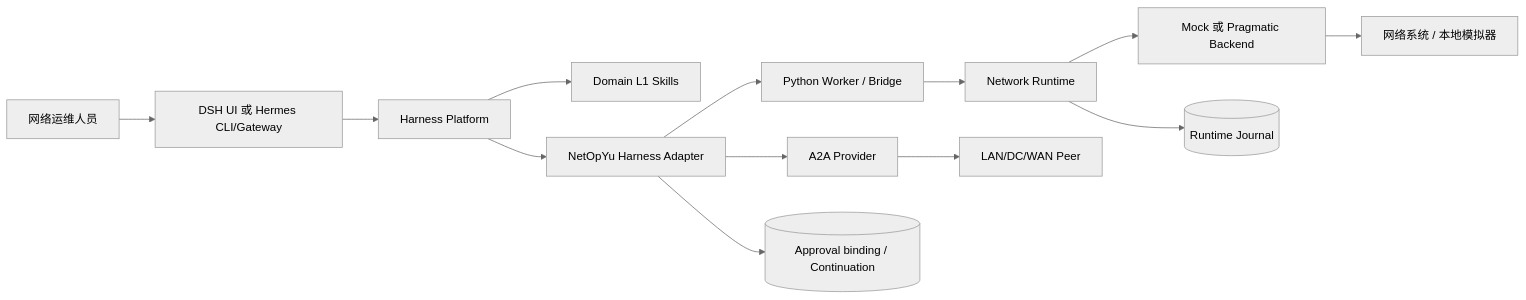
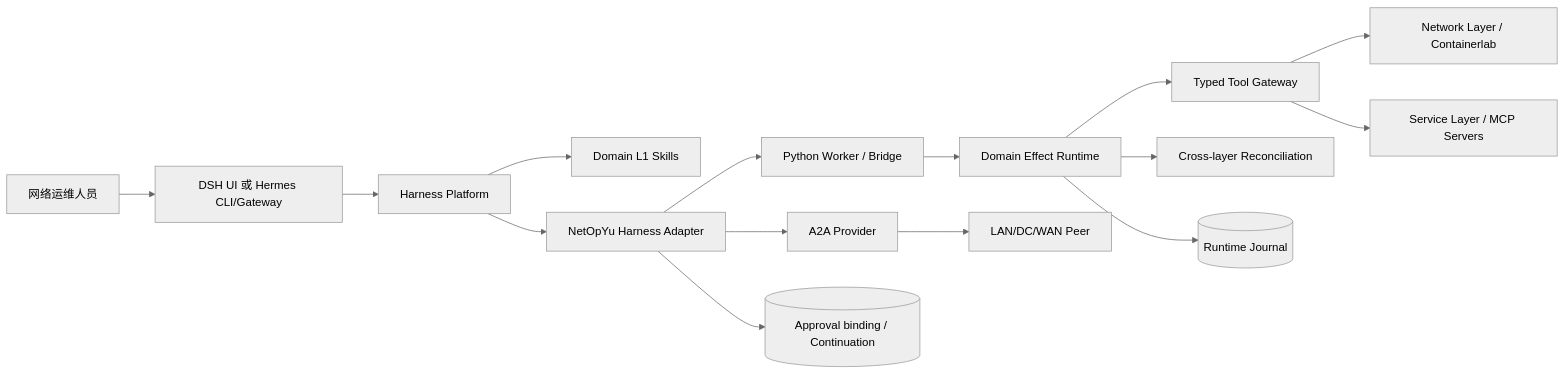
The first of 3 diagrams in HLD.md (kevinyjk25/NetOpYuAgent), drawn with Mermaid (neutral theme) before and after one commit. The commit also changed other lines of this file and 59 other files, not shown here.

Commit message:
network/service layer with mcp

````diff
--- a/HLD.md
+++ b/HLD.md
@@ -28,15 +29,17 @@
 ```mermaid
 flowchart LR
     O[网络运维人员] --> UI[DSH UI 或 Hermes CLI/Gateway]
     UI --> DSH[Harness Platform]
     DSH --> L1[Domain L1 Skills]
     DSH --> P[NetOpYu Harness Adapter]
     P --> W[Python Worker / Bridge]
-    W --> NR[Network Runtime]
-    NR --> B[Mock 或 Pragmatic Backend]
-    B --> N[网络系统 / 本地模拟器]
+    W --> NR[Domain Effect Runtime]
+    NR --> TG[Typed Tool Gateway]
+    TG --> NL[Network Layer / Containerlab]
+    TG --> SL[Service Layer / MCP Servers]
+    NR --> REC[Cross-layer Reconciliation]
     P --> A2A[A2A Provider]
     A2A --> PEER[LAN/DC/WAN Peer]
     NR --> J[(Runtime Journal)]
     P --> H[(Approval binding / Continuation)]
 ```
````
